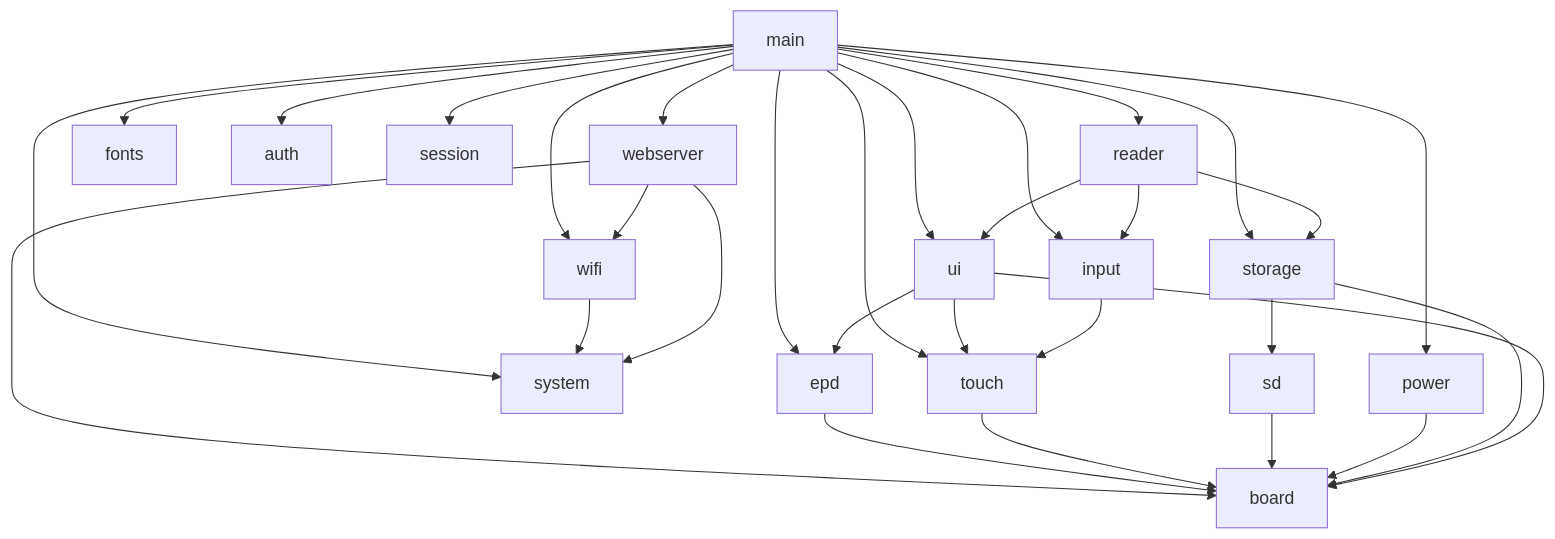
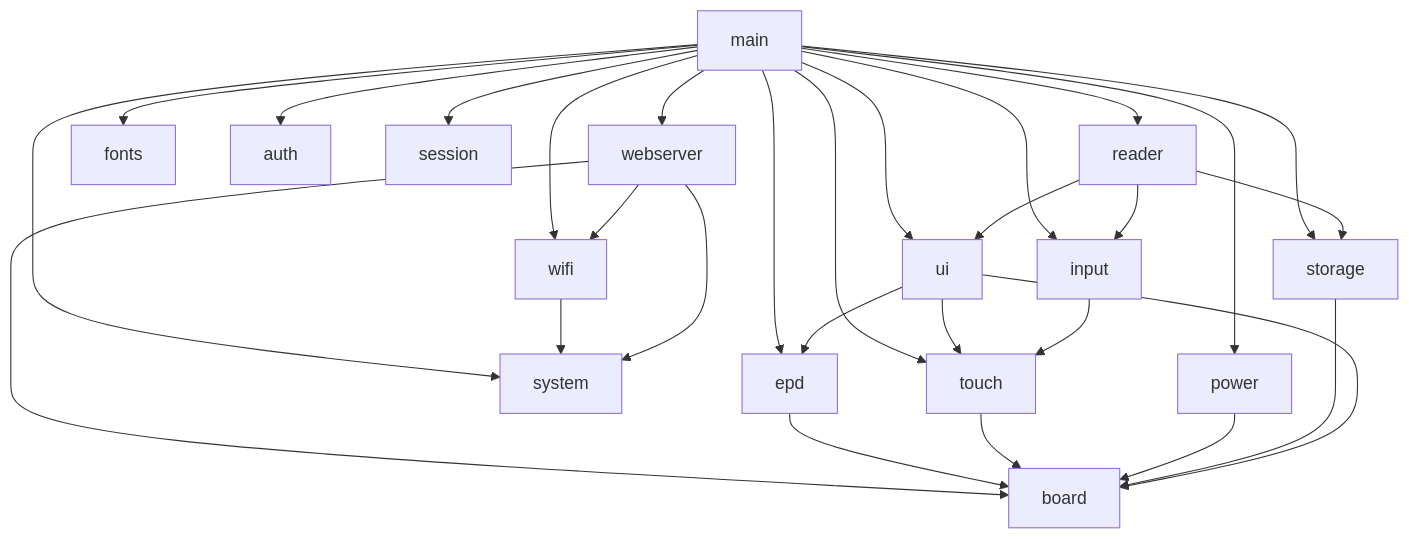
The second of 2 diagrams in README.md (xiaobaoaaaaaa/ESPaperPlay), drawn with Mermaid before and after one commit. The commit also changed other lines of this file and 11 other files, not shown here.

````diff
--- a/README.md
+++ b/README.md
@@ -640,38 +575,36 @@
 ```mermaid
 graph TD
     main[main] --> reader[reader]
     main --> ui[ui]
     main --> fonts[fonts]
     main --> input[input]
     main --> power[power]
     main --> storage[storage]
     main --> system[system]
     main --> auth[auth]
     main --> session[session]
     main --> wifi[wifi]
     main --> webserver[webserver]
     main --> touch[touch]
     main --> epd[epd]
 
     wifi --> system
     webserver --> system
     webserver --> wifi
     webserver --> board
 
     reader --> ui
     reader --> input
     reader --> storage
 
     ui --> epd
     ui --> touch
 
     input --> touch
 
     epd --> board[board]
     touch --> board
-    storage --> sd
-    sd --> board
     power --> board
     storage --> board
     ui --> board
 ```
````
